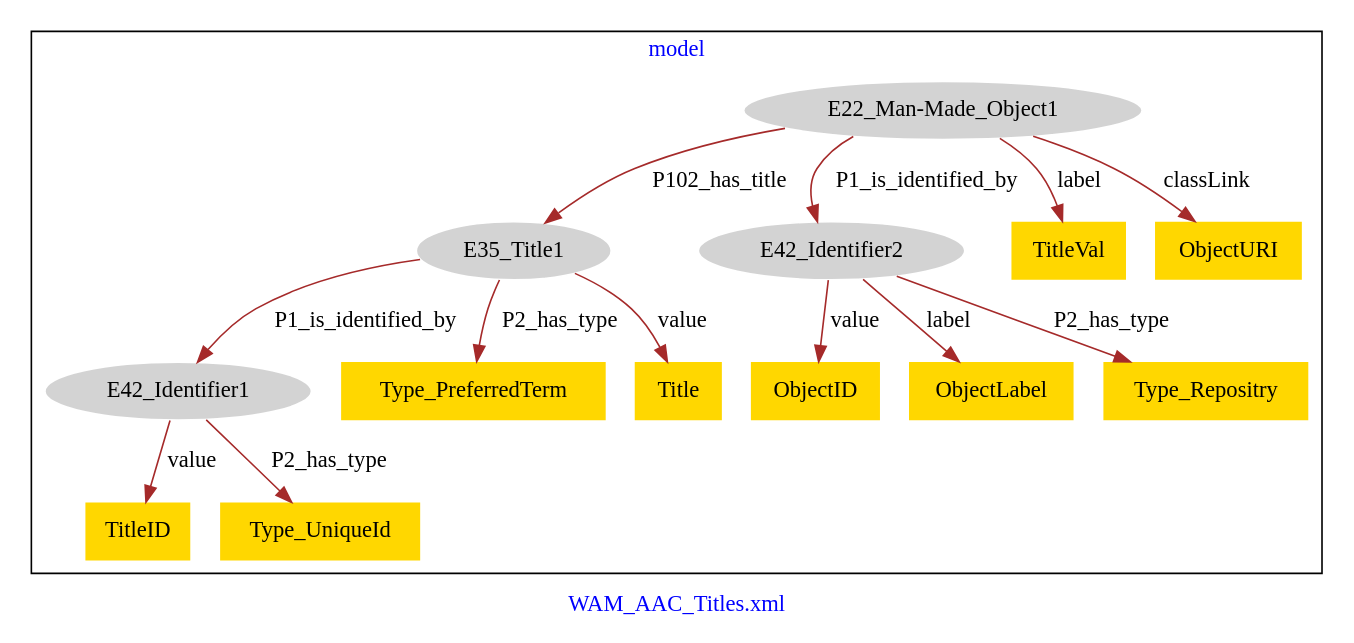
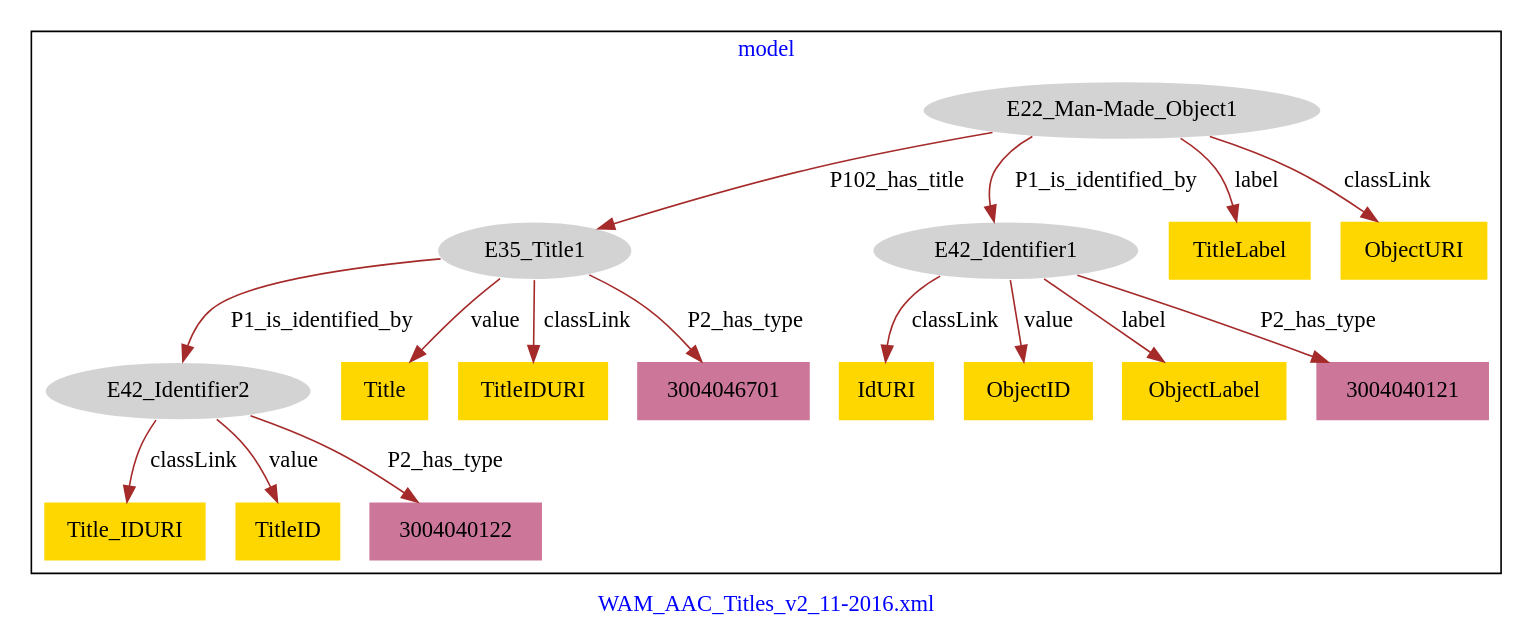
One commit to american-art/wam changed the diagram in WAM_AAC_Titles/WAM_AAC_Titles-model.dot. Above: the diagram before and after it, drawn with Graphviz. The commit also changed 11 other files, not shown here.

Commit message:
Updated AAC_Titles with a model for primary title, and a model for Other Titles

```diff
--- a/WAM_AAC_Titles/WAM_AAC_Titles-model.dot
+++ b/WAM_AAC_Titles/WAM_AAC_Titles-model.dot
@@ -1,33 +1,39 @@
 digraph n0 {
 fontcolor="blue"
 remincross="true"
-label="WAM_AAC_Titles.xml"
+label="WAM_AAC_Titles_v2_11-2016.xml"
 subgraph cluster {
 label="model"
 n2[style="filled",color="white",fillcolor="lightgray",label="E22_Man-Made_Object1"];
 n3[style="filled",color="white",fillcolor="lightgray",label="E35_Title1"];
-n4[style="filled",color="white",fillcolor="lightgray",label="E42_Identifier2"];
-n5[style="filled",color="white",fillcolor="lightgray",label="E42_Identifier1"];
-n6[shape="plaintext",style="filled",fillcolor="gold",label="Type_PreferredTerm"];
-n7[shape="plaintext",style="filled",fillcolor="gold",label="ObjectID"];
-n8[shape="plaintext",style="filled",fillcolor="gold",label="Title"];
-n9[shape="plaintext",style="filled",fillcolor="gold",label="ObjectLabel"];
-n10[shape="plaintext",style="filled",fillcolor="gold",label="TitleVal"];
+n4[style="filled",color="white",fillcolor="lightgray",label="E42_Identifier1"];
+n5[style="filled",color="white",fillcolor="lightgray",label="E42_Identifier2"];
+n6[shape="plaintext",style="filled",fillcolor="gold",label="TitleLabel"];
+n7[shape="plaintext",style="filled",fillcolor="gold",label="IdURI"];
+n8[shape="plaintext",style="filled",fillcolor="gold",label="ObjectID"];
+n9[shape="plaintext",style="filled",fillcolor="gold",label="Title"];
+n10[shape="plaintext",style="filled",fillcolor="gold",label="Title_IDURI"];
 n11[shape="plaintext",style="filled",fillcolor="gold",label="TitleID"];
-n12[shape="plaintext",style="filled",fillcolor="gold",label="Type_UniqueId"];
-n13[shape="plaintext",style="filled",fillcolor="gold",label="Type_Repositry"];
-n14[shape="plaintext",style="filled",fillcolor="gold",label="ObjectURI"];
+n12[shape="plaintext",style="filled",fillcolor="gold",label="ObjectURI"];
+n13[shape="plaintext",style="filled",fillcolor="gold",label="TitleIDURI"];
+n14[shape="plaintext",style="filled",fillcolor="gold",label="ObjectLabel"];
+n15[shape="plaintext",style="filled",fillcolor="#CC7799",label="3004046701"];
+n16[shape="plaintext",style="filled",fillcolor="#CC7799",label="3004040122"];
+n17[shape="plaintext",style="filled",fillcolor="#CC7799",label="3004040121"];
 }
 n2 -> n3[color="brown",fontcolor="black",label="P102_has_title"]
 n2 -> n4[color="brown",fontcolor="black",label="P1_is_identified_by"]
 n3 -> n5[color="brown",fontcolor="black",label="P1_is_identified_by"]
-n3 -> n6[color="brown",fontcolor="black",label="P2_has_type"]
-n4 -> n7[color="brown",fontcolor="black",label="value"]
-n3 -> n8[color="brown",fontcolor="black",label="value"]
-n4 -> n9[color="brown",fontcolor="black",label="label"]
-n2 -> n10[color="brown",fontcolor="black",label="label"]
+n2 -> n6[color="brown",fontcolor="black",label="label"]
+n4 -> n7[color="brown",fontcolor="black",label="classLink"]
+n4 -> n8[color="brown",fontcolor="black",label="value"]
+n3 -> n9[color="brown",fontcolor="black",label="value"]
+n5 -> n10[color="brown",fontcolor="black",label="classLink"]
 n5 -> n11[color="brown",fontcolor="black",label="value"]
-n5 -> n12[color="brown",fontcolor="black",label="P2_has_type"]
-n4 -> n13[color="brown",fontcolor="black",label="P2_has_type"]
-n2 -> n14[color="brown",fontcolor="black",label="classLink"]
+n2 -> n12[color="brown",fontcolor="black",label="classLink"]
+n3 -> n13[color="brown",fontcolor="black",label="classLink"]
+n4 -> n14[color="brown",fontcolor="black",label="label"]
+n3 -> n15[color="brown",fontcolor="black",label="P2_has_type"]
+n5 -> n16[color="brown",fontcolor="black",label="P2_has_type"]
+n4 -> n17[color="brown",fontcolor="black",label="P2_has_type"]
 }
```
